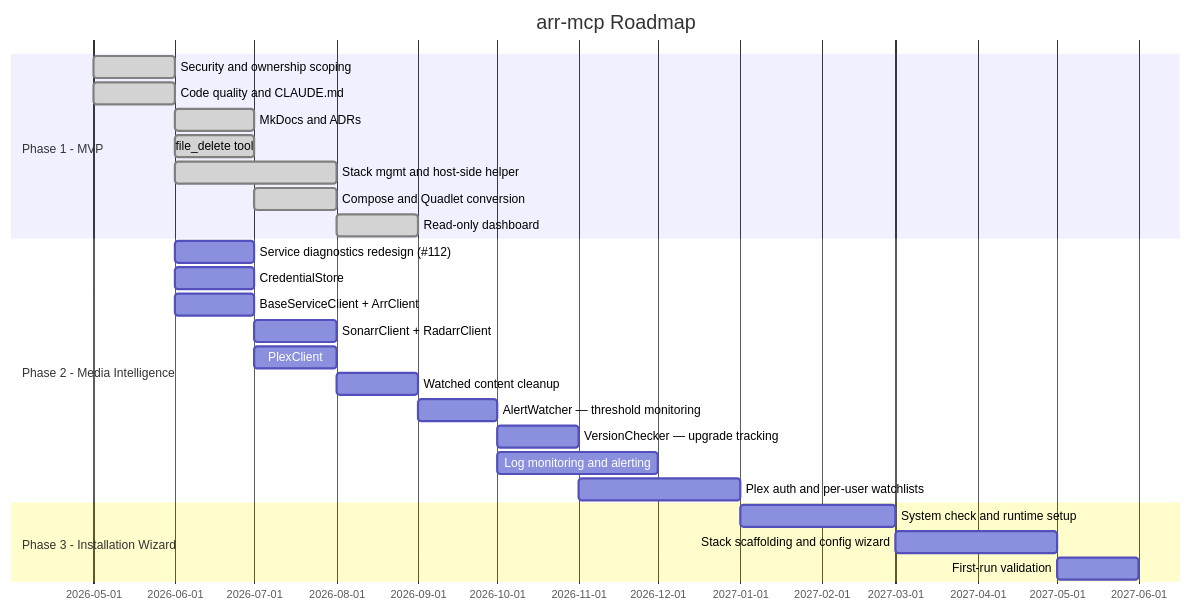
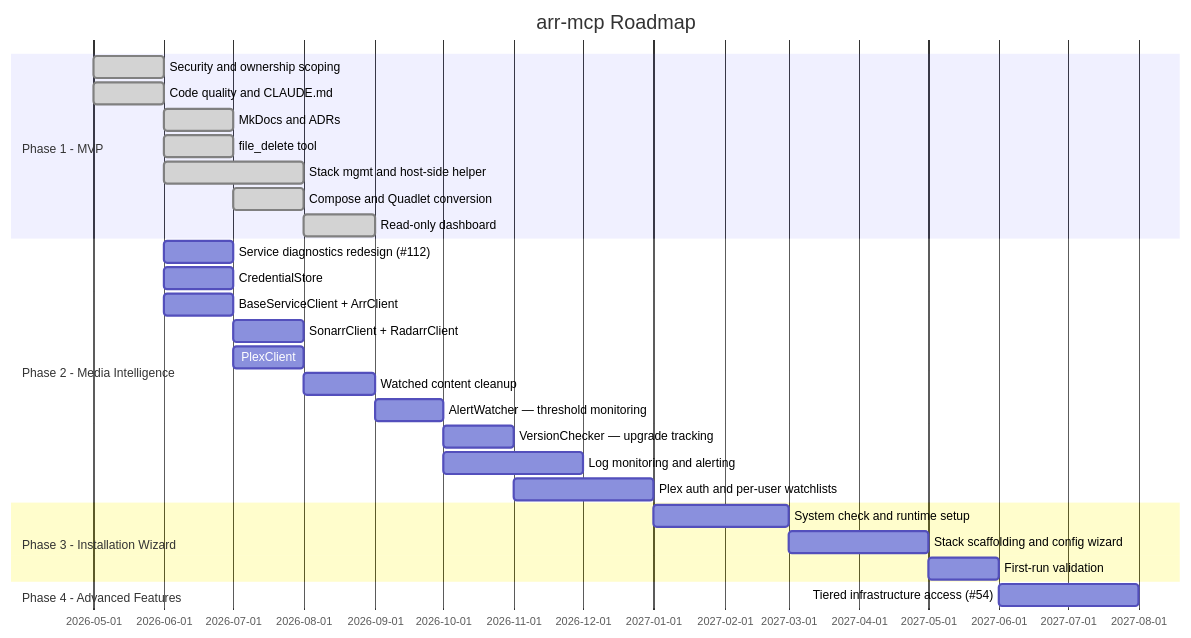
One commit to ryanbrinn/arr-mcp changed the diagram in docs/roadmap.md. Above: the diagram before and after it, drawn with Mermaid. The commit also changed other lines of this file and 1 other file, not shown here.

First line of the commit message:
chore: add Phase 4 — Advanced Features and move tiered access there

````diff
--- a/docs/roadmap.md
+++ b/docs/roadmap.md
@@ -11,30 +11,32 @@
 ```mermaid
 gantt
     title arr-mcp Roadmap
     dateFormat YYYY-MM
 
     section Phase 1 - MVP
         Security and ownership scoping          :done,    p1a, 2026-05, 2026-06
         Code quality and CLAUDE.md              :done,    p1b, 2026-05, 2026-06
         MkDocs and ADRs                         :done,    p1c, 2026-06, 2026-07
         file_delete tool                        :done,    p1d, 2026-06, 2026-07
         Stack mgmt and host-side helper         :done,    p1e, 2026-06, 2026-08
         Compose and Quadlet conversion          :done,    p1f, 2026-07, 2026-08
         Read-only dashboard                     :done,    p1g, 2026-08, 2026-09
     section Phase 2 - Media Intelligence
         Service diagnostics redesign (#112)     :         p2z, 2026-06, 2026-07
         CredentialStore                         :         p2a, 2026-06, 2026-07
         BaseServiceClient + ArrClient           :         p2b, 2026-06, 2026-07
         SonarrClient + RadarrClient             :         p2c, 2026-07, 2026-08
         PlexClient                              :         p2d, 2026-07, 2026-08
         Watched content cleanup                 :         p2e, 2026-08, 2026-09
         AlertWatcher — threshold monitoring     :         p2f, 2026-09, 2026-10
         VersionChecker — upgrade tracking       :         p2g, 2026-10, 2026-11
         Log monitoring and alerting             :         p2h, 2026-10, 2026-12
         Plex auth and per-user watchlists       :         p2i, 2026-11, 2027-01
 
     section Phase 3 - Installation Wizard
         System check and runtime setup          :         p3a, 2027-01, 2027-03
         Stack scaffolding and config wizard     :         p3b, 2027-03, 2027-05
         First-run validation                    :         p3c, 2027-05, 2027-06
+    section Phase 4 - Advanced Features
+        Tiered infrastructure access (#54)      :         p4a, 2027-06, 2027-08
 ```
````
